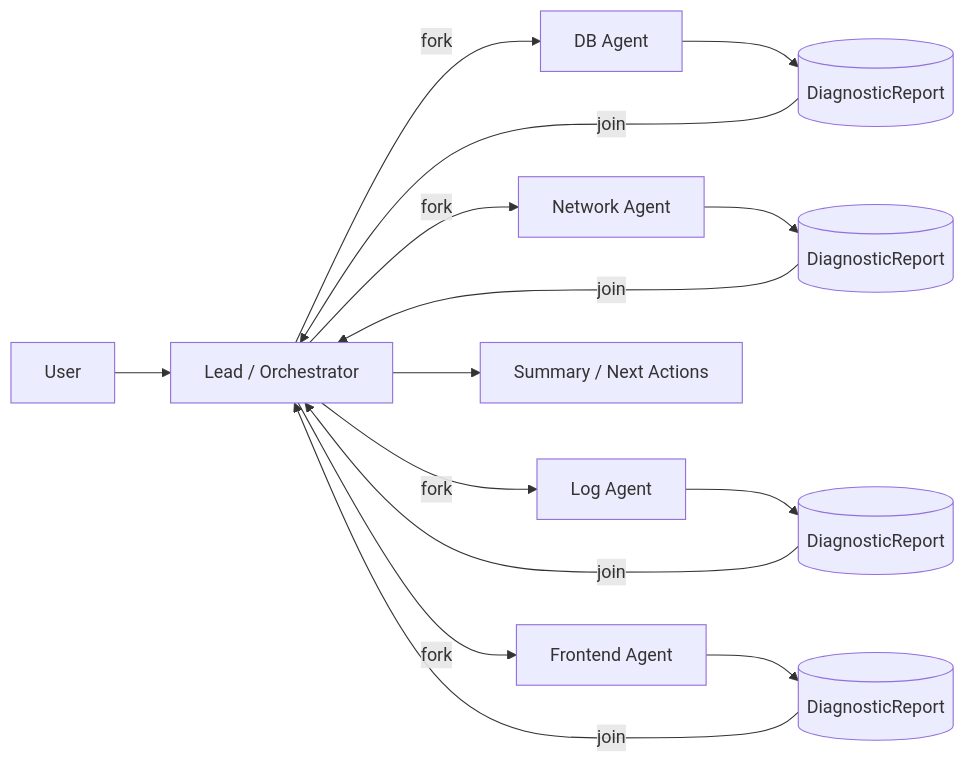
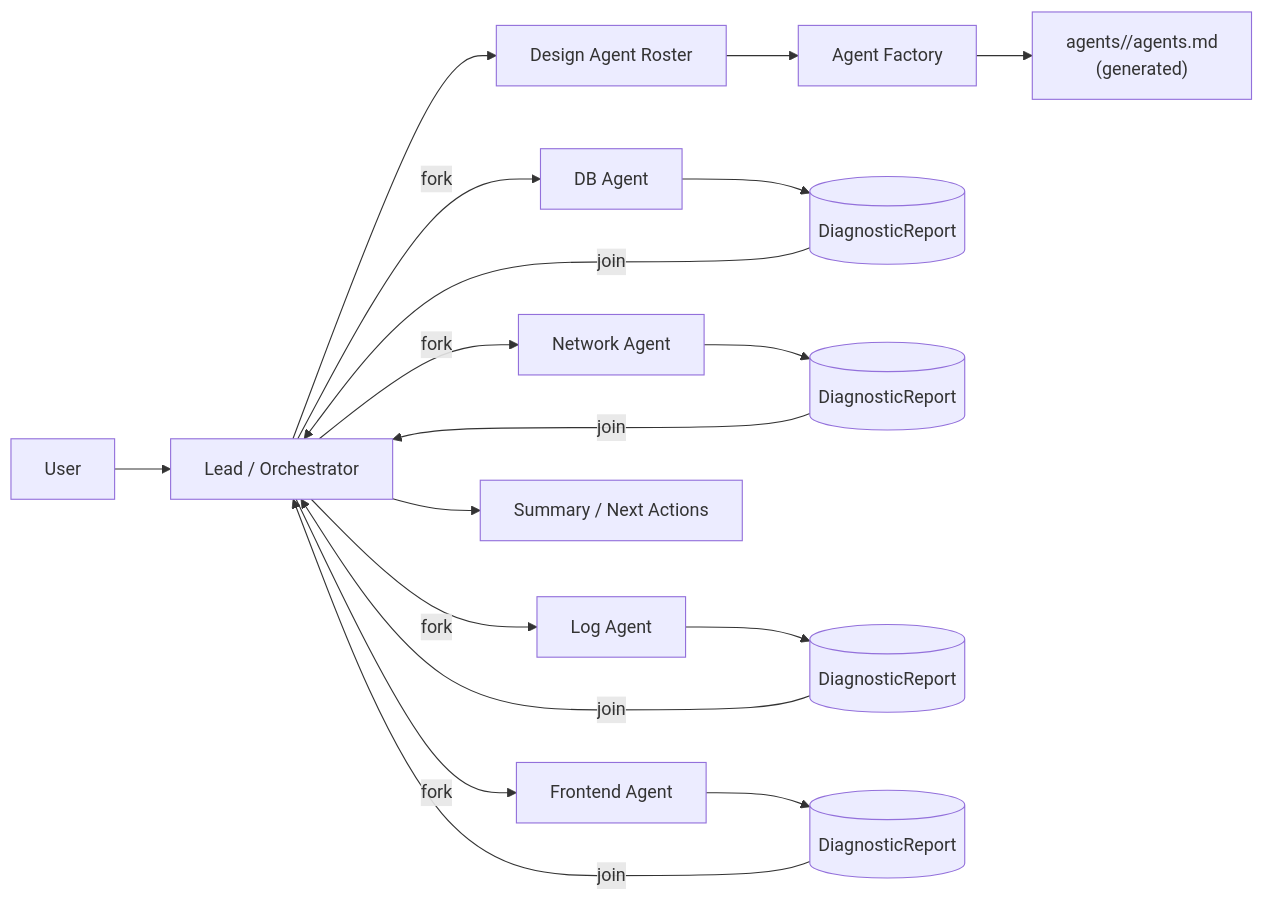
Before and after one commit to ticoAg/Coco: the first of 3 diagrams in README.md, drawn with Mermaid. The commit also changed other lines of this file and 8 other files, not shown here.

````diff
--- a/README.md
+++ b/README.md
@@ -27,21 +35,25 @@
 ```mermaid
 flowchart LR
   U[User] --> A[Lead / Orchestrator]
+
+  A --> D[Design Agent Roster]
+  D --> F[Agent Factory]
+  F --> S1["agents/<name>/agents.md<br/>(generated)"]
 
   A -->|fork| DB[DB Agent]
   A -->|fork| NET[Network Agent]
   A -->|fork| LOG[Log Agent]
   A -->|fork| FE[Frontend Agent]
 
   DB --> R1[(DiagnosticReport)]
   NET --> R2[(DiagnosticReport)]
   LOG --> R3[(DiagnosticReport)]
   FE --> R4[(DiagnosticReport)]
 
   R1 -->|join| A
   R2 -->|join| A
   R3 -->|join| A
   R4 -->|join| A
 
   A --> S[Summary / Next Actions]
 ```
````
